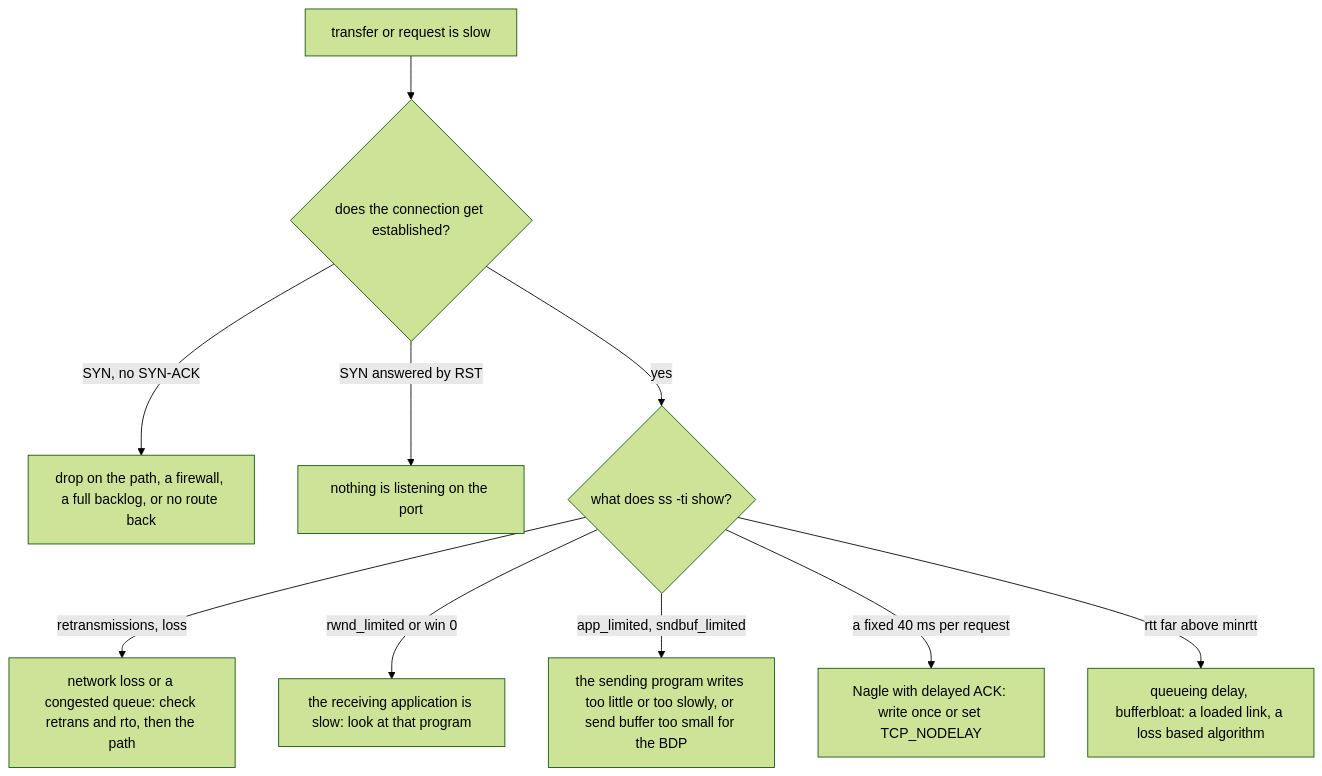
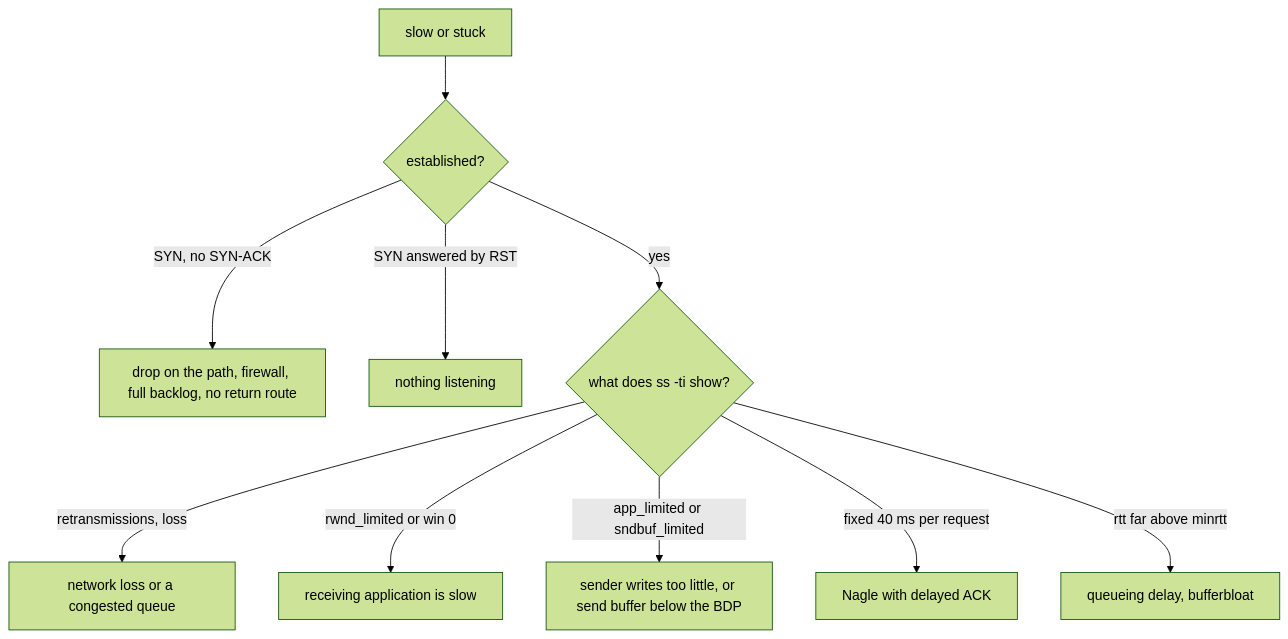
Before and after one commit to Princeahrwar/Study: the third of 3 diagrams in 07_networking/03_tcp_udp_and_transport.md, drawn with Mermaid (forest theme). The commit also changed other lines of this file, not shown here.

First line of the commit message:
NET 03: rewrite TCP, UDP and transport in WF 14 style (145 KB to 41 KB)

````diff
--- a/07_networking/03_tcp_udp_and_transport.md
+++ b/07_networking/03_tcp_udp_and_transport.md
@@ -1667,12 +321,12 @@
 ```mermaid
 flowchart TD
-  A["transfer or request is slow"] --> B{"does the connection get established?"}
-  B -- "SYN, no SYN-ACK" --> B1["drop on the path, a firewall, a full backlog, or no route back"]
-  B -- "SYN answered by RST" --> B2["nothing is listening on the port"]
+  A["slow or stuck"] --> B{"established?"}
+  B -- "SYN, no SYN-ACK" --> B1["drop on the path, firewall, full backlog, no return route"]
+  B -- "SYN answered by RST" --> B2["nothing listening"]
   B -- yes --> C{"what does ss -ti show?"}
-  C -- "retransmissions, loss" --> D["network loss or a congested queue: check retrans and rto, then the path"]
-  C -- "rwnd_limited or win 0" --> E["the receiving application is slow: look at that program"]
-  C -- "app_limited, sndbuf_limited" --> F["the sending program writes too little or too slowly, or send buffer too small for the BDP"]
-  C -- "a fixed 40 ms per request" --> G["Nagle with delayed ACK: write once or set TCP_NODELAY"]
-  C -- "rtt far above minrtt" --> H["queueing delay, bufferbloat: a loaded link, a loss based algorithm"]
+  C -- "retransmissions, loss" --> D["network loss or a congested queue"]
+  C -- "rwnd_limited or win 0" --> E["receiving application is slow"]
+  C -- "app_limited or sndbuf_limited" --> F["sender writes too little, or send buffer below the BDP"]
+  C -- "fixed 40 ms per request" --> G["Nagle with delayed ACK"]
+  C -- "rtt far above minrtt" --> H["queueing delay, bufferbloat"]
 ```
````
